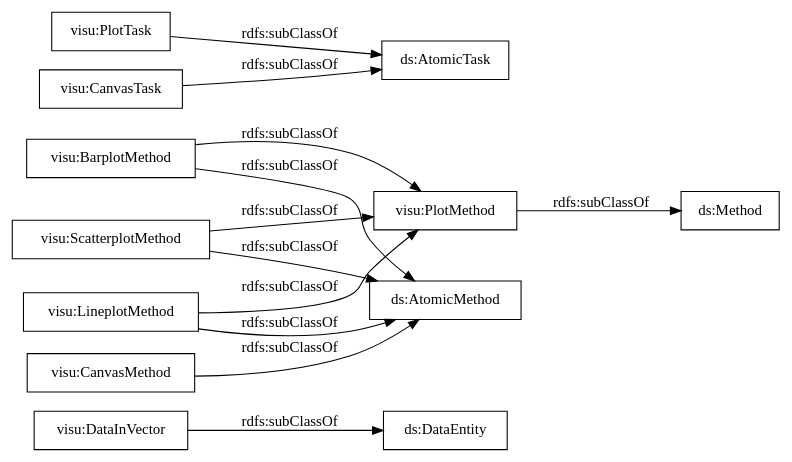
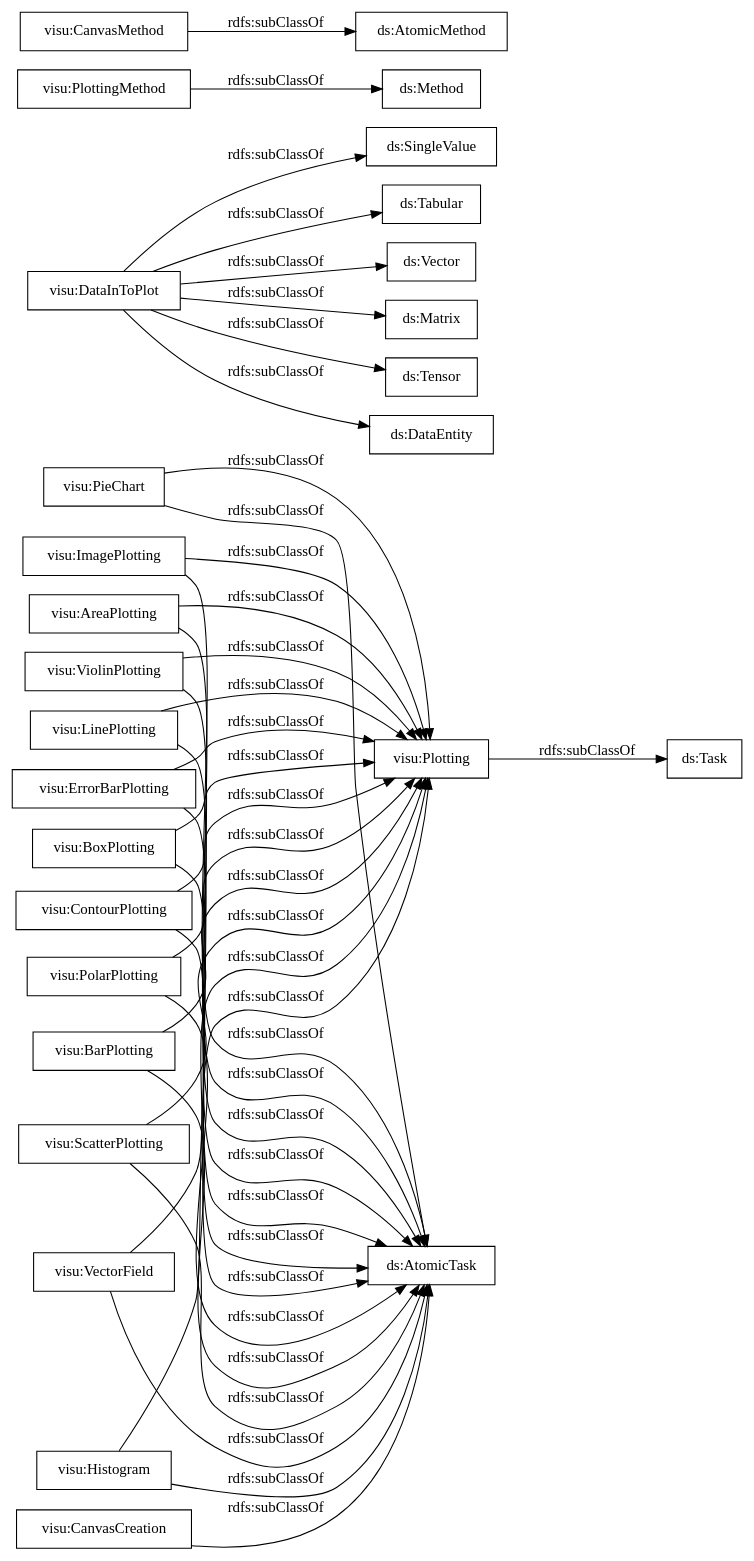
Before and after one commit to nsai-uio/ExeKGOntology: the diagram in OnToology/visu_exeKGOntology.ttl/diagrams/ar2dtool-taxonomy/visu_exeKGOntology.ttl.png.dot, drawn with Graphviz. The commit also changed 987 other files, not shown here.

```diff
--- a/OnToology/visu_exeKGOntology.ttl/diagrams/ar2dtool-taxonomy/visu_exeKGOntology.ttl.png.dot
+++ b/OnToology/visu_exeKGOntology.ttl/diagrams/ar2dtool-taxonomy/visu_exeKGOntology.ttl.png.dot
@@ -1,17 +1,42 @@
 digraph ar2dtool_diagram { 
 rankdir=LR;
 size="1000"
-node [shape = rectangle, color="black"]; "visu:DataInVector" "visu:BarplotMethod" "visu:ScatterplotMethod" "visu:LineplotMethod" "visu:PlotTask" "visu:PlotMethod" "visu:CanvasTask" "visu:CanvasMethod" ; /*classes style*/
-	"visu:LineplotMethod" -> "visu:PlotMethod" [ label = "rdfs:subClassOf" ];
-	"visu:LineplotMethod" -> "ds:AtomicMethod" [ label = "rdfs:subClassOf" ];
-	"visu:BarplotMethod" -> "visu:PlotMethod" [ label = "rdfs:subClassOf" ];
-	"visu:BarplotMethod" -> "ds:AtomicMethod" [ label = "rdfs:subClassOf" ];
+node [shape = rectangle, color="black"]; "visu:PieChart" "visu:ErrorBarPlotting" "visu:BarPlotting" "visu:Histogram" "visu:DataInToPlot" "visu:ContourPlotting" "visu:ImagePlotting" "visu:BoxPlotting" "visu:LinePlotting" "visu:PlottingMethod" "visu:PolarPlotting" "visu:AreaPlotting" "visu:CanvasCreation" "visu:ScatterPlotting" "visu:VectorField" "visu:CanvasMethod" "visu:Plotting" "visu:ViolinPlotting" ; /*classes style*/
+	"visu:VectorField" -> "visu:Plotting" [ label = "rdfs:subClassOf" ];
+	"visu:VectorField" -> "ds:AtomicTask" [ label = "rdfs:subClassOf" ];
+	"visu:PolarPlotting" -> "visu:Plotting" [ label = "rdfs:subClassOf" ];
+	"visu:PolarPlotting" -> "ds:AtomicTask" [ label = "rdfs:subClassOf" ];
+	"visu:BoxPlotting" -> "visu:Plotting" [ label = "rdfs:subClassOf" ];
+	"visu:BoxPlotting" -> "ds:AtomicTask" [ label = "rdfs:subClassOf" ];
+	"visu:AreaPlotting" -> "visu:Plotting" [ label = "rdfs:subClassOf" ];
+	"visu:AreaPlotting" -> "ds:AtomicTask" [ label = "rdfs:subClassOf" ];
+	"visu:Plotting" -> "ds:Task" [ label = "rdfs:subClassOf" ];
+	"visu:Histogram" -> "visu:Plotting" [ label = "rdfs:subClassOf" ];
+	"visu:Histogram" -> "ds:AtomicTask" [ label = "rdfs:subClassOf" ];
 	"visu:CanvasMethod" -> "ds:AtomicMethod" [ label = "rdfs:subClassOf" ];
-	"visu:PlotMethod" -> "ds:Method" [ label = "rdfs:subClassOf" ];
-	"visu:PlotTask" -> "ds:AtomicTask" [ label = "rdfs:subClassOf" ];
-	"visu:ScatterplotMethod" -> "visu:PlotMethod" [ label = "rdfs:subClassOf" ];
-	"visu:ScatterplotMethod" -> "ds:AtomicMethod" [ label = "rdfs:subClassOf" ];
-	"visu:DataInVector" -> "ds:DataEntity" [ label = "rdfs:subClassOf" ];
-	"visu:CanvasTask" -> "ds:AtomicTask" [ label = "rdfs:subClassOf" ];
+	"visu:PieChart" -> "visu:Plotting" [ label = "rdfs:subClassOf" ];
+	"visu:PieChart" -> "ds:AtomicTask" [ label = "rdfs:subClassOf" ];
+	"visu:DataInToPlot" -> "ds:SingleValue" [ label = "rdfs:subClassOf" ];
+	"visu:DataInToPlot" -> "ds:Tabular" [ label = "rdfs:subClassOf" ];
+	"visu:DataInToPlot" -> "ds:Vector" [ label = "rdfs:subClassOf" ];
+	"visu:DataInToPlot" -> "ds:Matrix" [ label = "rdfs:subClassOf" ];
+	"visu:DataInToPlot" -> "ds:Tensor" [ label = "rdfs:subClassOf" ];
+	"visu:DataInToPlot" -> "ds:DataEntity" [ label = "rdfs:subClassOf" ];
+	"visu:ErrorBarPlotting" -> "visu:Plotting" [ label = "rdfs:subClassOf" ];
+	"visu:ErrorBarPlotting" -> "ds:AtomicTask" [ label = "rdfs:subClassOf" ];
+	"visu:CanvasCreation" -> "ds:AtomicTask" [ label = "rdfs:subClassOf" ];
+	"visu:ContourPlotting" -> "visu:Plotting" [ label = "rdfs:subClassOf" ];
+	"visu:ContourPlotting" -> "ds:AtomicTask" [ label = "rdfs:subClassOf" ];
+	"visu:BarPlotting" -> "visu:Plotting" [ label = "rdfs:subClassOf" ];
+	"visu:BarPlotting" -> "ds:AtomicTask" [ label = "rdfs:subClassOf" ];
+	"visu:LinePlotting" -> "visu:Plotting" [ label = "rdfs:subClassOf" ];
+	"visu:LinePlotting" -> "ds:AtomicTask" [ label = "rdfs:subClassOf" ];
+	"visu:ViolinPlotting" -> "visu:Plotting" [ label = "rdfs:subClassOf" ];
+	"visu:ViolinPlotting" -> "ds:AtomicTask" [ label = "rdfs:subClassOf" ];
+	"visu:PlottingMethod" -> "ds:Method" [ label = "rdfs:subClassOf" ];
+	"visu:ScatterPlotting" -> "visu:Plotting" [ label = "rdfs:subClassOf" ];
+	"visu:ScatterPlotting" -> "ds:AtomicTask" [ label = "rdfs:subClassOf" ];
+	"visu:ImagePlotting" -> "visu:Plotting" [ label = "rdfs:subClassOf" ];
+	"visu:ImagePlotting" -> "ds:AtomicTask" [ label = "rdfs:subClassOf" ];
 
 }
```
